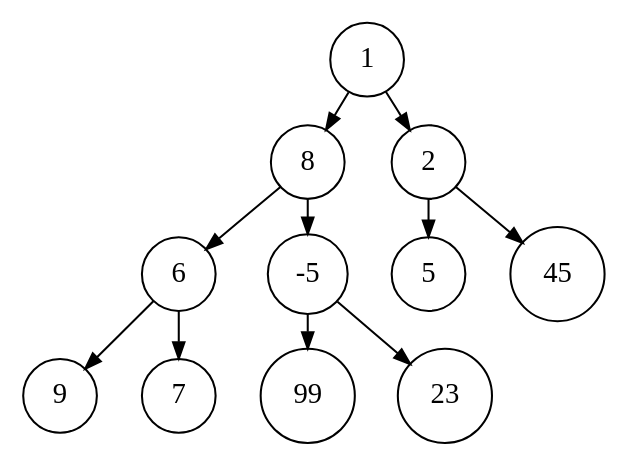
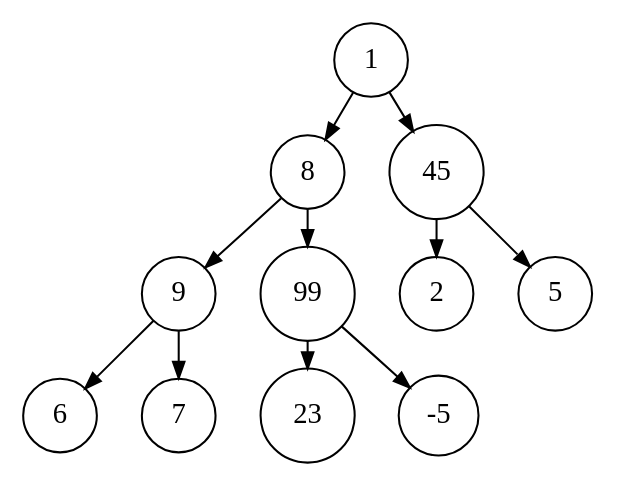
The diagram in onheapifyimg03.dot (averyfaller/cs207labs), drawn with Graphviz before and after one commit. The commit also changed 6 other files, not shown here.

```diff
--- a/onheapifyimg03.dot
+++ b/onheapifyimg03.dot
@@ -1,28 +1,28 @@
 
     digraph G {
     nodesep=0.3;
     ranksep=0.2;
     margin=0.1;
     node [shape=circle];
     edge [arrowsize=0.8];
     1 -> 2[side=left];
 1 -> 3;
 2 -> 4[side=left];
 2 -> 5;
 3 -> 6[side=left];
 3 -> 7;
 4 -> 8[side=left];
 4 -> 9;
 5 -> 10[side=left];
 5 -> 11;
 1[label="1"]
 2[label="8"]
-3[label="2"]
-4[label="6"]
-5[label="-5"]
-6[label="5"]
-7[label="45"]
-8[label="9"]
+3[label="45"]
+4[label="9"]
+5[label="99"]
+6[label="2"]
+7[label="5"]
+8[label="6"]
 9[label="7"]
-10[label="99"]
-11[label="23"]}
+10[label="23"]
+11[label="-5"]}
```
